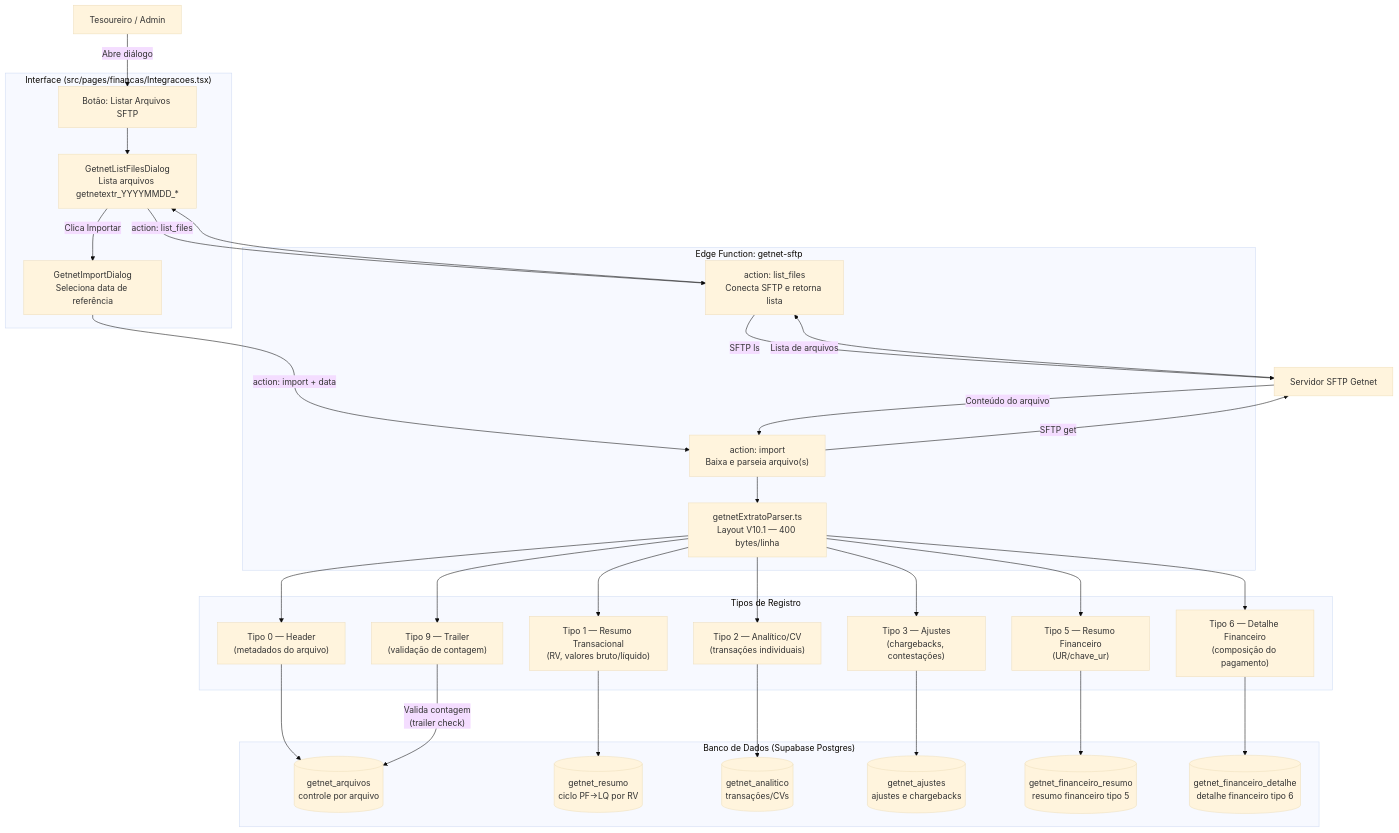
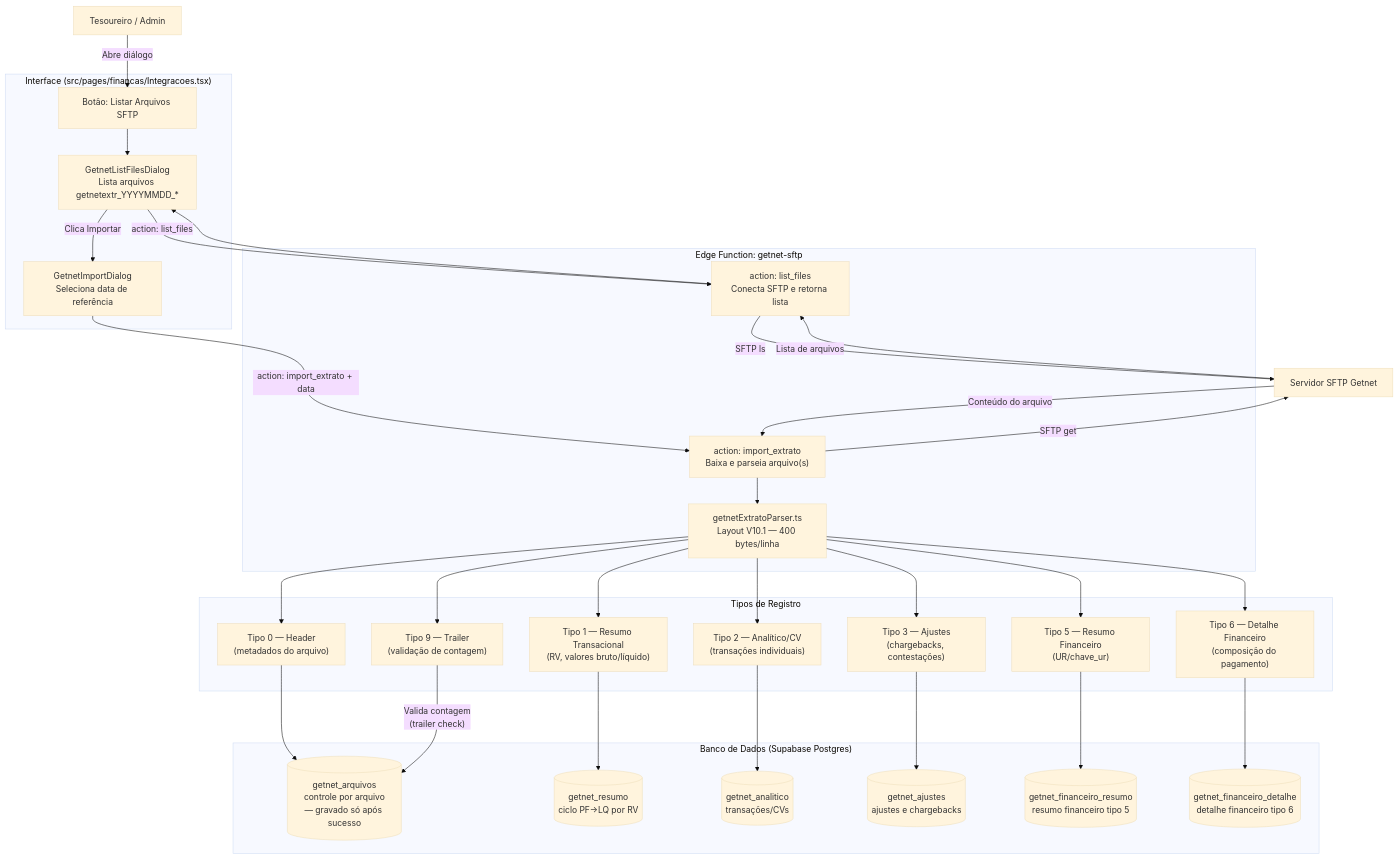
One commit to adrianoapc/igreja-carvalho changed the diagram in docs/diagramas/exports/fluxo-getnet-sftp_1.mmd. Above: the diagram before and after it, drawn with Mermaid (base theme). The commit also changed 29 other files, not shown here.

Commit message:
chore(diagrams): export mermaid PNGs

```diff
--- a/docs/diagramas/exports/fluxo-getnet-sftp_1.mmd
+++ b/docs/diagramas/exports/fluxo-getnet-sftp_1.mmd
@@ -1,57 +1,57 @@
 graph TD
     Usuario[Tesoureiro / Admin]
     SFTP[Servidor SFTP Getnet]
 
     subgraph UI["Interface (src/pages/financas/Integracoes.tsx)"]
         ListBtn["Botão: Listar Arquivos SFTP"]
         ListDialog["GetnetListFilesDialog\nLista arquivos getnetextr_YYYYMMDD_*"]
         ImportDialog["GetnetImportDialog\nSeleciona data de referência"]
     end
 
     subgraph EdgeFn["Edge Function: getnet-sftp"]
         ActionList["action: list_files\nConecta SFTP e retorna lista"]
-        ActionImport["action: import\nBaixa e parseia arquivo(s)"]
+        ActionImport["action: import_extrato\nBaixa e parseia arquivo(s)"]
         Parser["getnetExtratoParser.ts\nLayout V10.1 — 400 bytes/linha"]
     end
 
     subgraph Tipos["Tipos de Registro"]
         T0["Tipo 0 — Header\n(metadados do arquivo)"]
         T1["Tipo 1 — Resumo Transacional\n(RV, valores bruto/líquido)"]
         T2["Tipo 2 — Analítico/CV\n(transações individuais)"]
         T3["Tipo 3 — Ajustes\n(chargebacks, contestações)"]
         T5["Tipo 5 — Resumo Financeiro\n(UR/chave_ur)"]
         T6["Tipo 6 — Detalhe Financeiro\n(composição do pagamento)"]
         T9["Tipo 9 — Trailer\n(validação de contagem)"]
     end
 
     subgraph DB["Banco de Dados (Supabase Postgres)"]
-        TbArquivos[(getnet_arquivos\ncontrole por arquivo)]
+        TbArquivos[(getnet_arquivos\ncontrole por arquivo\n— gravado só após sucesso)]
         TbResumo[(getnet_resumo\nciclo PF→LQ por RV)]
         TbAnalitico[(getnet_analitico\ntransações/CVs)]
         TbAjustes[(getnet_ajustes\najustes e chargebacks)]
         TbFinResumo[(getnet_financeiro_resumo\nresumo financeiro tipo 5)]
         TbFinDetalhe[(getnet_financeiro_detalhe\ndetalhe financeiro tipo 6)]
     end
 
     Usuario -->|"Abre diálogo"| ListBtn
     ListBtn --> ListDialog
     ListDialog -->|"action: list_files"| ActionList
     ActionList -->|"SFTP ls"| SFTP
     SFTP -->|"Lista de arquivos"| ActionList
     ActionList --> ListDialog
 
     ListDialog -->|"Clica Importar"| ImportDialog
-    ImportDialog -->|"action: import + data"| ActionImport
+    ImportDialog -->|"action: import_extrato + data"| ActionImport
     ActionImport -->|"SFTP get"| SFTP
     SFTP -->|"Conteúdo do arquivo"| ActionImport
     ActionImport --> Parser
 
     Parser --> T0 & T1 & T2 & T3 & T5 & T6 & T9
 
     T0 --> TbArquivos
     T1 --> TbResumo
     T2 --> TbAnalitico
     T3 --> TbAjustes
     T5 --> TbFinResumo
     T6 --> TbFinDetalhe
     T9 -->|"Valida contagem\n(trailer check)"| TbArquivos
```
